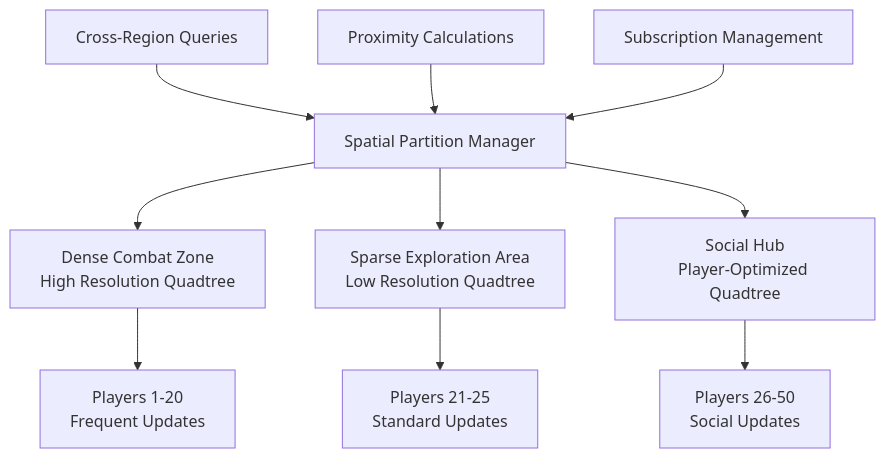
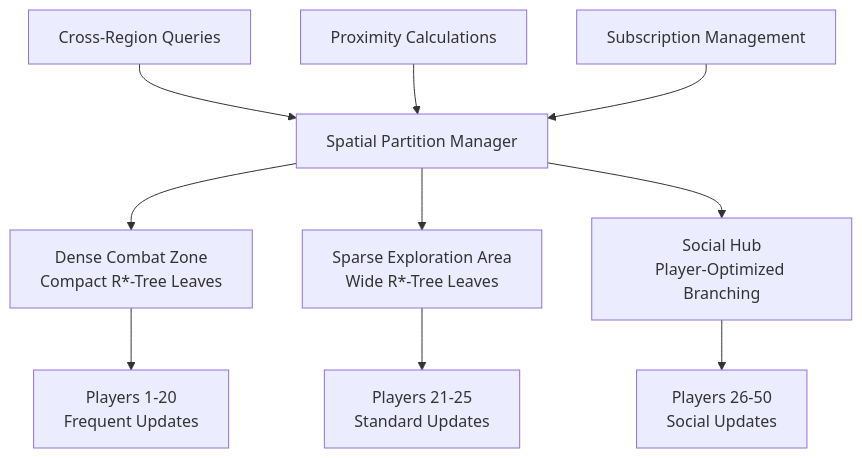
One commit to Far-Beyond-Dev/Horizon changed the second of 2 diagrams in crates/horizon_event_system/src/gorc/README.md. Above: the diagram before and after it, drawn with Mermaid. The commit also changed other lines of this file and 12 other files, not shown here.

First line of the commit message:
Replace quadtree with R*-tree for spatial indexing

````diff
--- a/crates/horizon_event_system/src/gorc/README.md
+++ b/crates/horizon_event_system/src/gorc/README.md
@@ -396,14 +396,14 @@
 ```mermaid
 graph TD
-    A[Spatial Partition Manager] --> B[Dense Combat Zone<br/>High Resolution Quadtree]
-    A --> C[Sparse Exploration Area<br/>Low Resolution Quadtree]
-    A --> D[Social Hub<br/>Player-Optimized Quadtree]
+    A[Spatial Partition Manager] --> B[Dense Combat Zone<br/>Compact R*-Tree Leaves]
+    A --> C[Sparse Exploration Area<br/>Wide R*-Tree Leaves]
+    A --> D[Social Hub<br/>Player-Optimized Branching]
     
     B --> B1[Players 1-20<br/>Frequent Updates]
     C --> C1[Players 21-25<br/>Standard Updates]
     D --> D1[Players 26-50<br/>Social Updates]
     
     E[Cross-Region Queries] --> A
     F[Proximity Calculations] --> A
     G[Subscription Management] --> A
 ```
````
